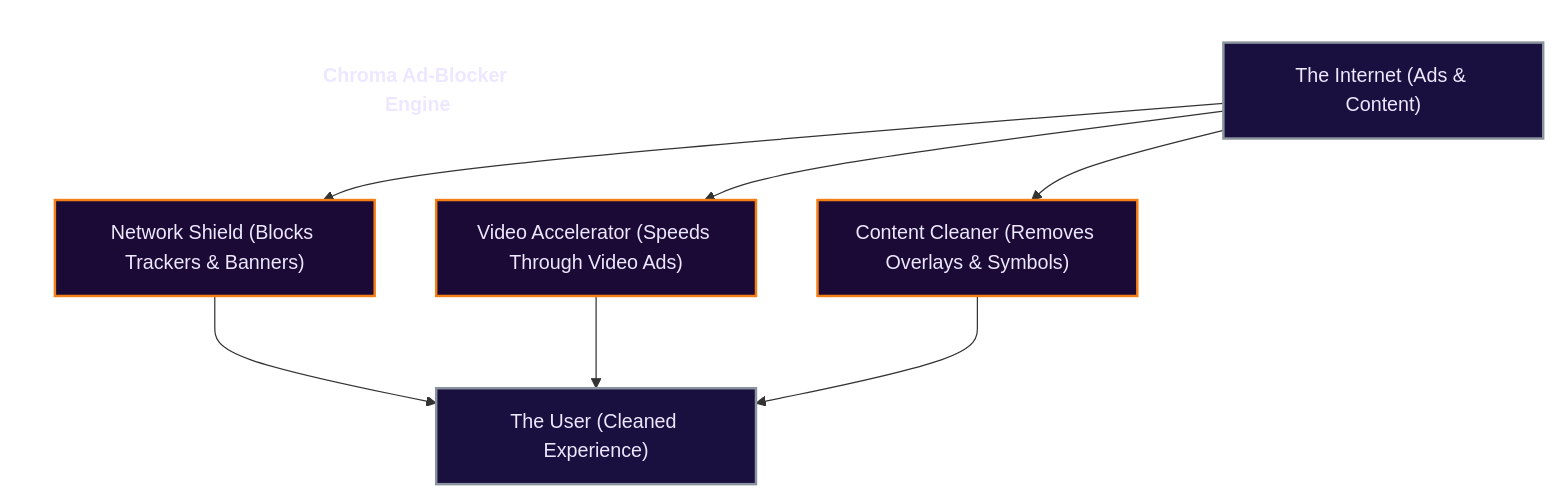
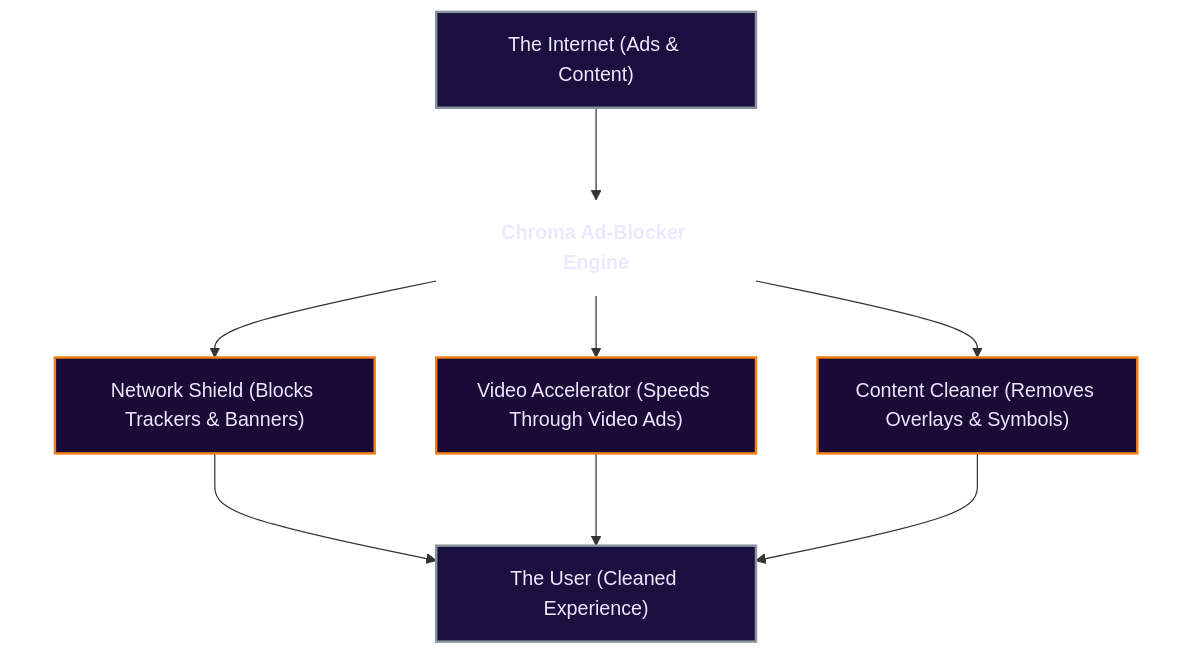
The diagram in index.md (Dabrogost/Chroma-Ad-Blocker), drawn with Mermaid before and after one commit.

Commit message:
refactor: update mermaid diagram flow to connect internet to title instead of individual components

```diff
--- a/index.md
+++ b/index.md
@@ -177,32 +177,30 @@
     <div class="mermaid">
 graph TD
     classDef actor fill:#1a1040,color:#ede8ff,stroke:#8b949e,stroke-width:2px
     classDef engine fill:#1a1040,color:#ede8ff,stroke:#01579b,stroke-width:2px
     classDef action fill:#1a0a35,color:#ede8ff,stroke:#f57f17,stroke-width:2px
     classDef title fill:none,stroke:none,color:#ede8ff,font-size:16px,font-weight:bold
 
     INTERNET["The Internet (Ads & Content)"]:::actor
 
     subgraph CHROMA[" "]
         TITLE["Chroma Ad-Blocker Engine"]:::title
         NETWORK["Network Shield (Blocks Trackers & Banners)"]:::action
         VIDEO["Video Accelerator (Speeds Through Video Ads)"]:::action
         CONTENT["Content Cleaner (Removes Overlays & Symbols)"]:::action
         
-        TITLE ~~~ NETWORK
-        TITLE ~~~ VIDEO
-        TITLE ~~~ CONTENT
+        TITLE --> NETWORK
+        TITLE --> VIDEO
+        TITLE --> CONTENT
     end
 
     USER["The User (Cleaned Experience)"]:::actor
 
-    INTERNET --> NETWORK
-    INTERNET --> VIDEO
-    INTERNET --> CONTENT
+    INTERNET --> TITLE
 
     NETWORK --> USER
     VIDEO --> USER
     CONTENT --> USER
 
     style CHROMA fill:none,stroke:none
     </div>
```
